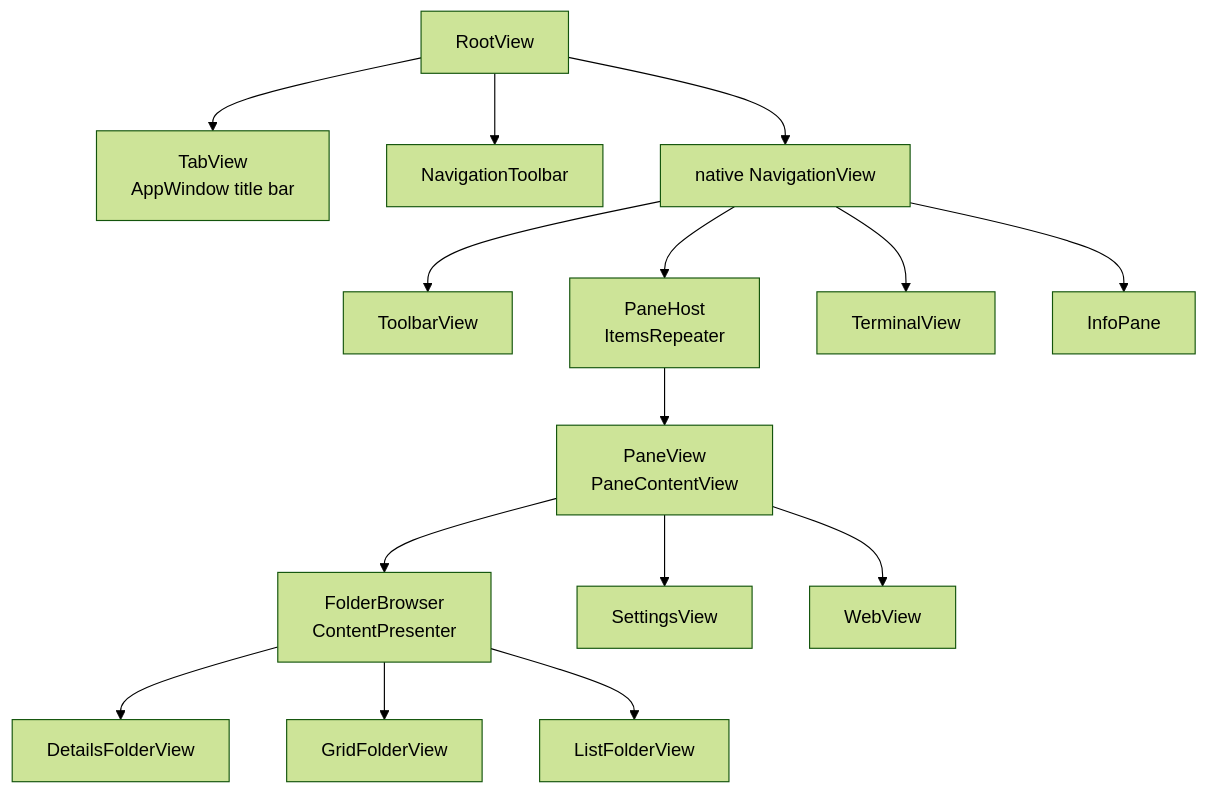
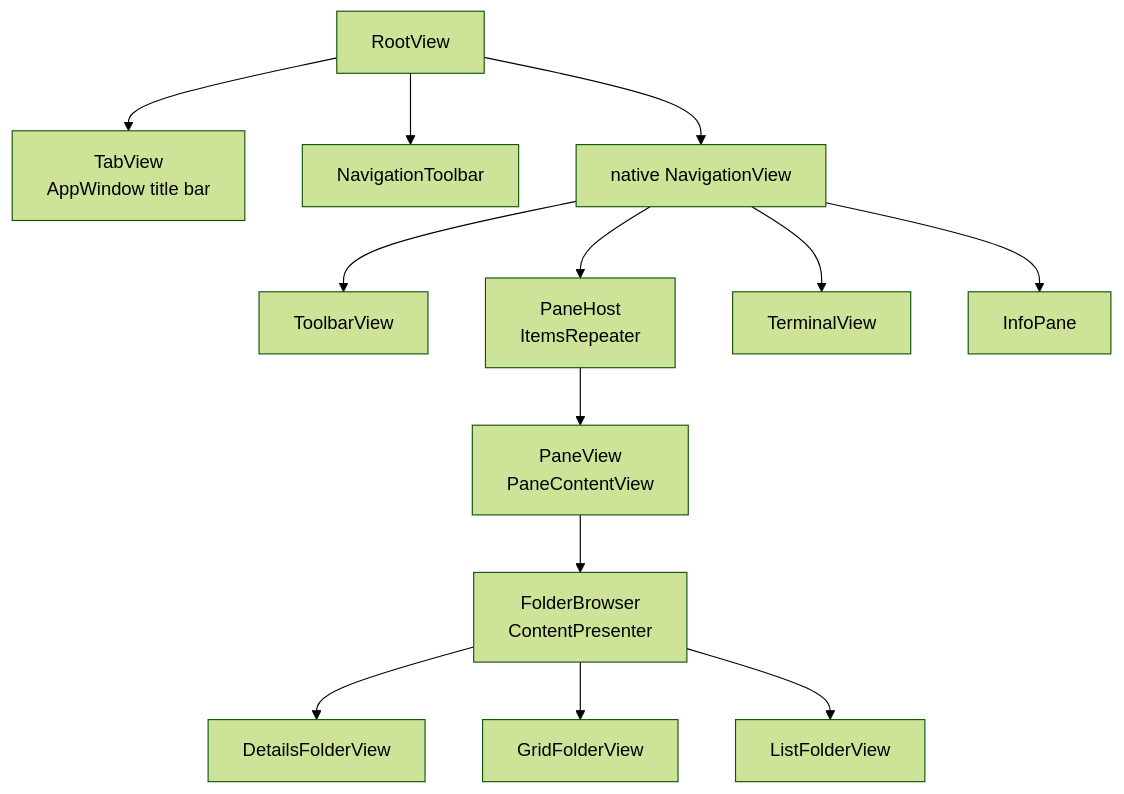
Before and after one commit to 0x5bfa/ReFiles: the second of 2 diagrams in docs/files.md, drawn with Mermaid (forest theme). The commit also changed other lines of this file and 93 other files, not shown here.

Commit message:
Rearchitect application state management

````diff
--- a/docs/files.md
+++ b/docs/files.md
@@ -57,33 +59,29 @@
 ```mermaid
 flowchart TB
     Root["RootView"]
     Tabs["TabView<br/>AppWindow title bar"]
     Navigation["NavigationToolbar"]
     Sidebar["native NavigationView"]
     Toolbar["ToolbarView"]
     Panes["PaneHost<br/>ItemsRepeater"]
     Pane["PaneView<br/>PaneContentView"]
     Browser["FolderBrowser<br/>ContentPresenter"]
     Details["DetailsFolderView"]
     Grid["GridFolderView"]
     List["ListFolderView"]
-    Settings["SettingsView"]
-    Web["WebView"]
     Terminal["TerminalView"]
     Info["InfoPane"]
 
     Root --> Tabs
     Root --> Navigation
     Root --> Sidebar
     Sidebar --> Toolbar
     Sidebar --> Panes
     Sidebar --> Terminal
     Sidebar --> Info
     Panes --> Pane
     Pane --> Browser
-    Pane --> Settings
-    Pane --> Web
     Browser --> Details
     Browser --> Grid
     Browser --> List
 ```
````
